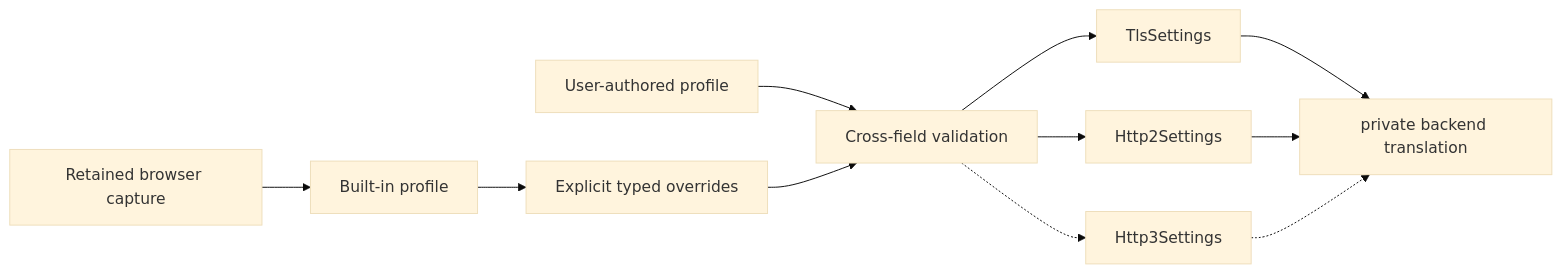
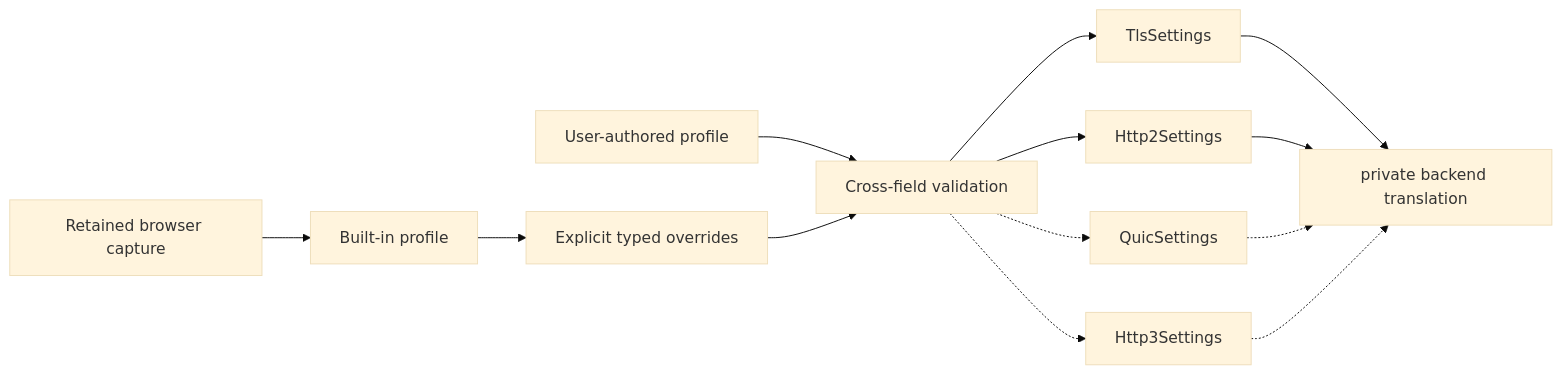
One commit to bywayhq/phantom changed the second of 3 diagrams in docs/architecture.md. Above: the diagram before and after it, drawn with Mermaid (base theme). The commit also changed other lines of this file and 1 other file, not shown here.

````diff
--- a/docs/architecture.md
+++ b/docs/architecture.md
@@ -74,14 +88,16 @@
 ```mermaid
 flowchart LR
     Capture["Retained browser capture"] --> BuiltIn["Built-in profile"]
     Custom["User-authored profile"] --> Validate
     BuiltIn --> Override["Explicit typed overrides"]
     Override --> Validate["Cross-field validation"]
     Validate --> TLS["TlsSettings"]
     Validate --> H2["Http2Settings"]
+    Validate -.-> QUIC["QuicSettings"]
     Validate -.-> H3["Http3Settings"]
 
     TLS --> Backend["private backend translation"]
     H2 --> Backend
+    QUIC -.-> Backend
     H3 -.-> Backend
 ```
````
